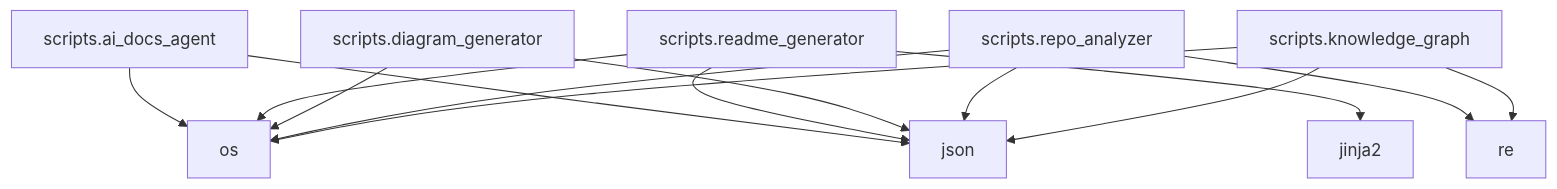
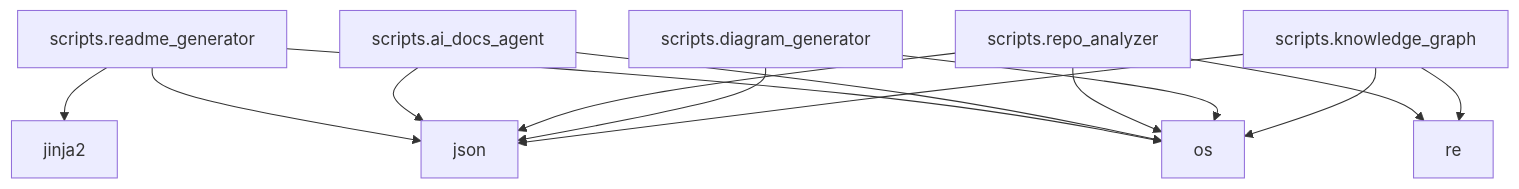
Before and after one commit to NITISH-R-G/FACE-EMOTION-DETECTION: the diagram in README.md, drawn with Mermaid. The commit also changed other lines of this file and 3 other files, not shown here.

Commit message:
docs: auto-update repository documentation and diagrams [skip ci]

````diff
--- a/README.md
+++ b/README.md
@@ -45,30 +45,30 @@
 ```mermaid
 graph TD;
+    scripts_readme_generator["scripts.readme_generator"];
+    click scripts_readme_generator "scripts/readme_generator.py" "View source";
+    json["json"];
+    os["os"];
+    jinja2["jinja2"];
     scripts_ai_docs_agent["scripts.ai_docs_agent"];
     click scripts_ai_docs_agent "scripts/ai_docs_agent.py" "View source";
-    os["os"];
-    json["json"];
-    scripts_readme_generator["scripts.readme_generator"];
-    click scripts_readme_generator "scripts/readme_generator.py" "View source";
-    jinja2["jinja2"];
-    scripts_diagram_generator["scripts.diagram_generator"];
-    click scripts_diagram_generator "scripts/diagram_generator.py" "View source";
     scripts_repo_analyzer["scripts.repo_analyzer"];
     click scripts_repo_analyzer "scripts/repo_analyzer.py" "View source";
     re["re"];
+    scripts_diagram_generator["scripts.diagram_generator"];
+    click scripts_diagram_generator "scripts/diagram_generator.py" "View source";
     scripts_knowledge_graph["scripts.knowledge_graph"];
     click scripts_knowledge_graph "scripts/knowledge_graph.py" "View source";
-    scripts_ai_docs_agent --> os;
-    scripts_ai_docs_agent --> json;
     scripts_readme_generator --> json;
     scripts_readme_generator --> os;
     scripts_readme_generator --> jinja2;
-    scripts_diagram_generator --> json;
-    scripts_diagram_generator --> os;
+    scripts_ai_docs_agent --> os;
+    scripts_ai_docs_agent --> json;
     scripts_repo_analyzer --> os;
     scripts_repo_analyzer --> json;
     scripts_repo_analyzer --> re;
+    scripts_diagram_generator --> json;
+    scripts_diagram_generator --> os;
     scripts_knowledge_graph --> os;
     scripts_knowledge_graph --> json;
     scripts_knowledge_graph --> re;
 ```
````
